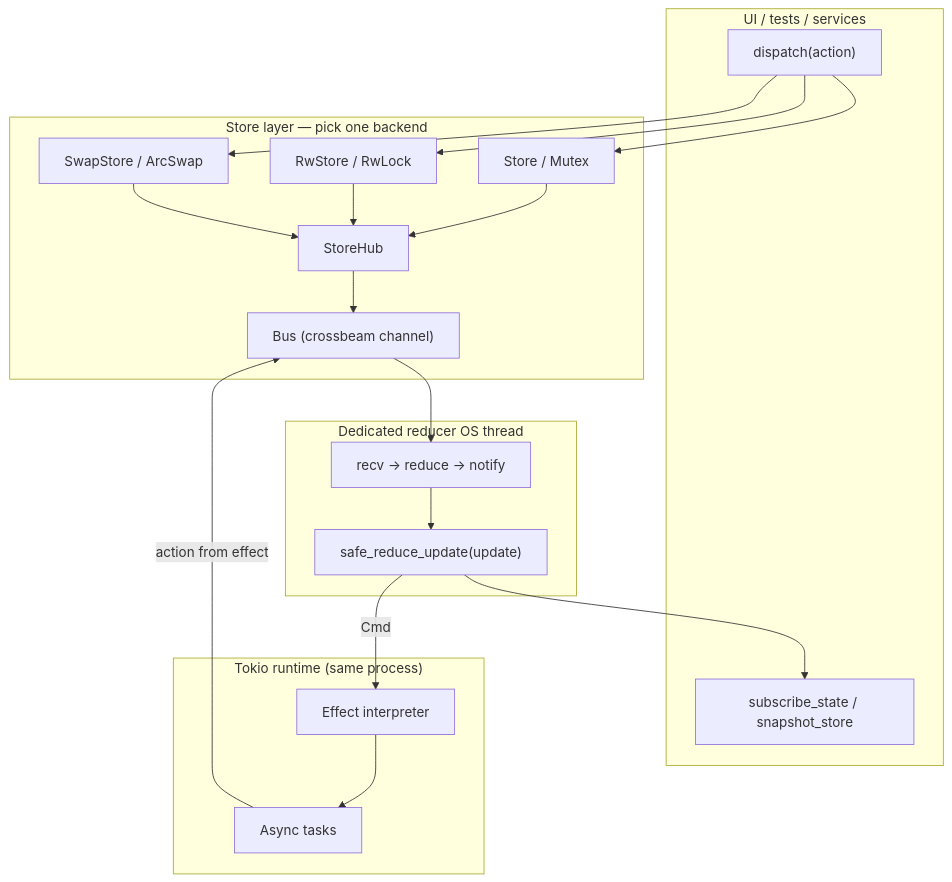
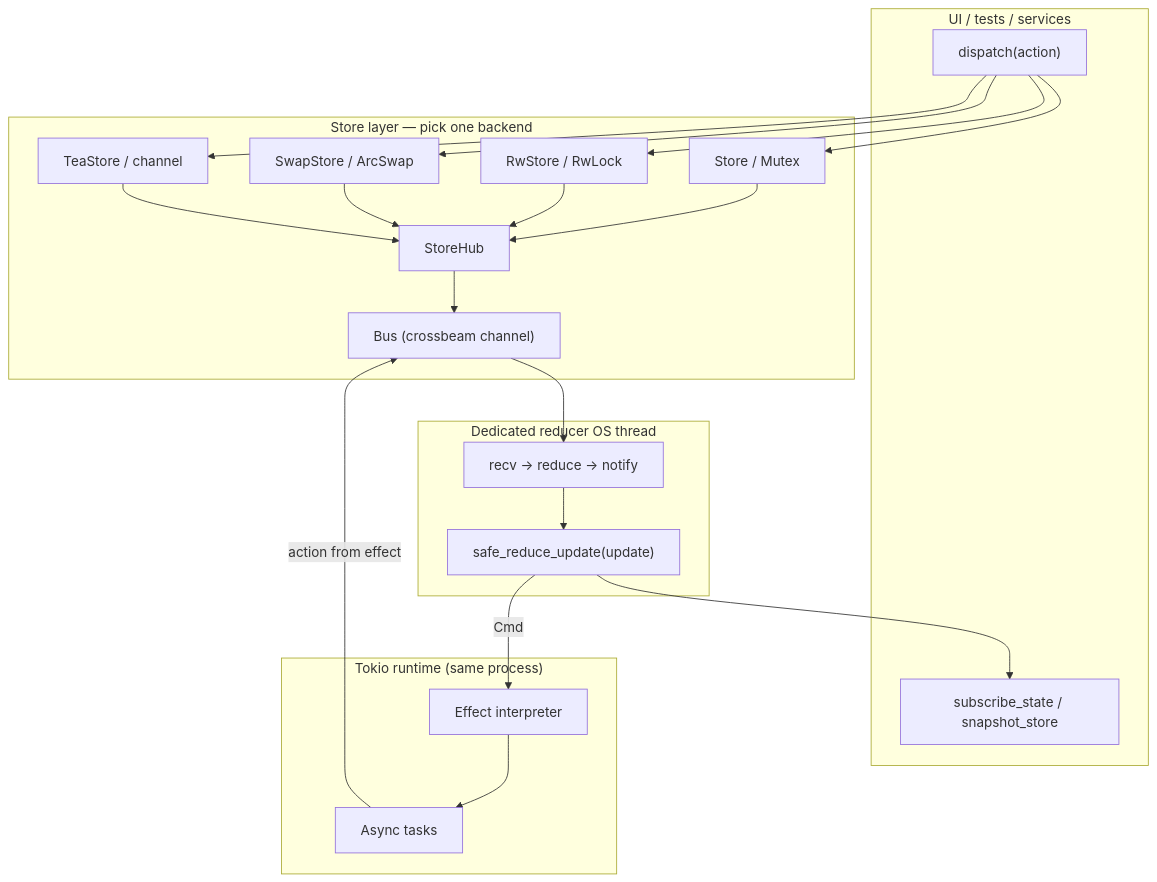
The first of 8 diagrams in rust-elm/book/architecture.md (akashsoni01/rust-key-paths), drawn with Mermaid before and after one commit. The commit also changed other lines of this file and 11 other files, not shown here.

Commit message:
tea store added

````diff
--- a/rust-elm/book/architecture.md
+++ b/rust-elm/book/architecture.md
@@ -30,39 +31,42 @@
 ```mermaid
 flowchart TB
     subgraph UI["UI / tests / services"]
         Dispatch["dispatch(action)"]
         Subscribe["subscribe_state / snapshot_store"]
     end
 
     subgraph StoreLayer["Store layer — pick one backend"]
         StoreM["Store / Mutex"]
         StoreRw["RwStore / RwLock"]
         StoreSwap["SwapStore / ArcSwap"]
+        StoreTea["TeaStore / channel"]
         Bus["Bus (crossbeam channel)"]
         Hub["StoreHub"]
     end
 
     subgraph ReducerThread["Dedicated reducer OS thread"]
         Loop["recv → reduce → notify"]
         Reduce["safe_reduce_update(update)"]
     end
 
     subgraph TokioRT["Tokio runtime (same process)"]
         Interpreter["Effect interpreter"]
         Tasks["Async tasks"]
     end
 
     Dispatch --> StoreM
     Dispatch --> StoreRw
     Dispatch --> StoreSwap
+    Dispatch --> StoreTea
     StoreM --> Hub
     StoreRw --> Hub
     StoreSwap --> Hub
+    StoreTea --> Hub
     Hub --> Bus
     Bus --> Loop
     Loop --> Reduce
     Reduce -->|Cmd| Interpreter
     Interpreter --> Tasks
     Tasks -->|action from effect| Bus
     Reduce --> Subscribe
 ```
````
